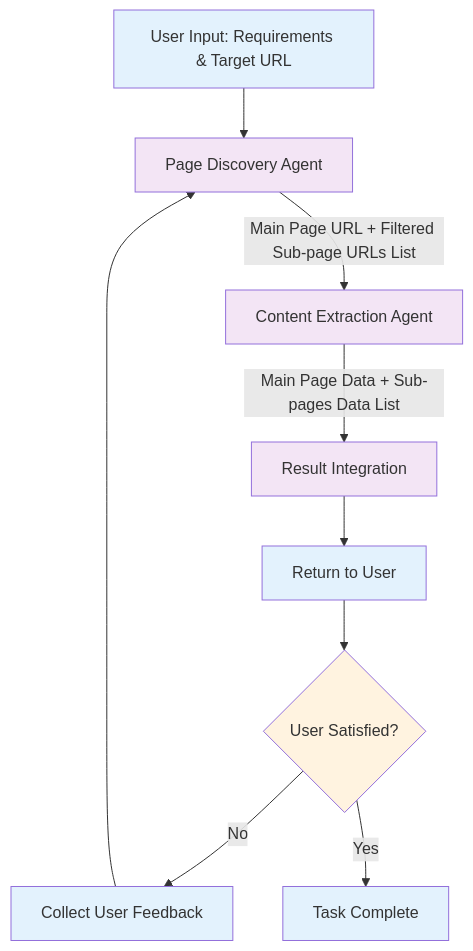
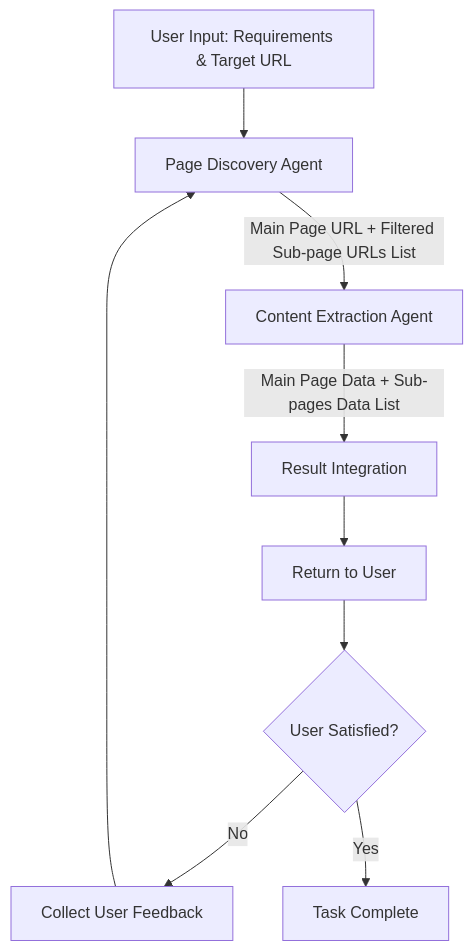
The third of 4 diagrams in doc/prd.md (MilesCool/Extractra), drawn with Mermaid before and after one commit. The commit also changed 2 other files, not shown here.

Commit message:
chore: change README and file structure

````diff
--- a/doc/prd.md
+++ b/doc/prd.md
@@ -209,20 +209,15 @@
 ```mermaid
 graph TD
     A[User Input: Requirements & Target URL] --> B[Page Discovery Agent]
     B --> |Main Page URL + Filtered Sub-page URLs List| C[Content Extraction Agent]
     C --> |Main Page Data + Sub-pages Data List| D[Result Integration]
     D --> E[Return to User]
     E --> F{User Satisfied?}
     F -->|No| G[Collect User Feedback]
     G --> B
     F -->|Yes| H[Task Complete]
     
-    %% Style definitions
-    classDef userNode fill:#e3f2fd
-    classDef agentNode fill:#f3e5f5
-    classDef decisionNode fill:#fff3e0
-    
     class A,E,G,H userNode
     class B,C,D agentNode
     class F decisionNode
 ```
````
